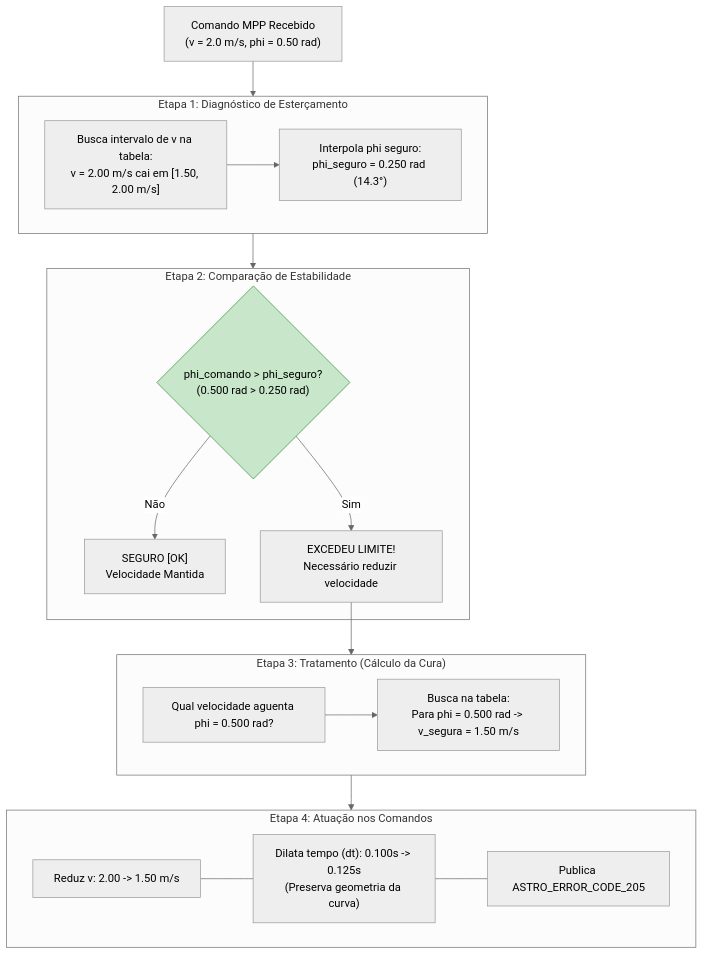
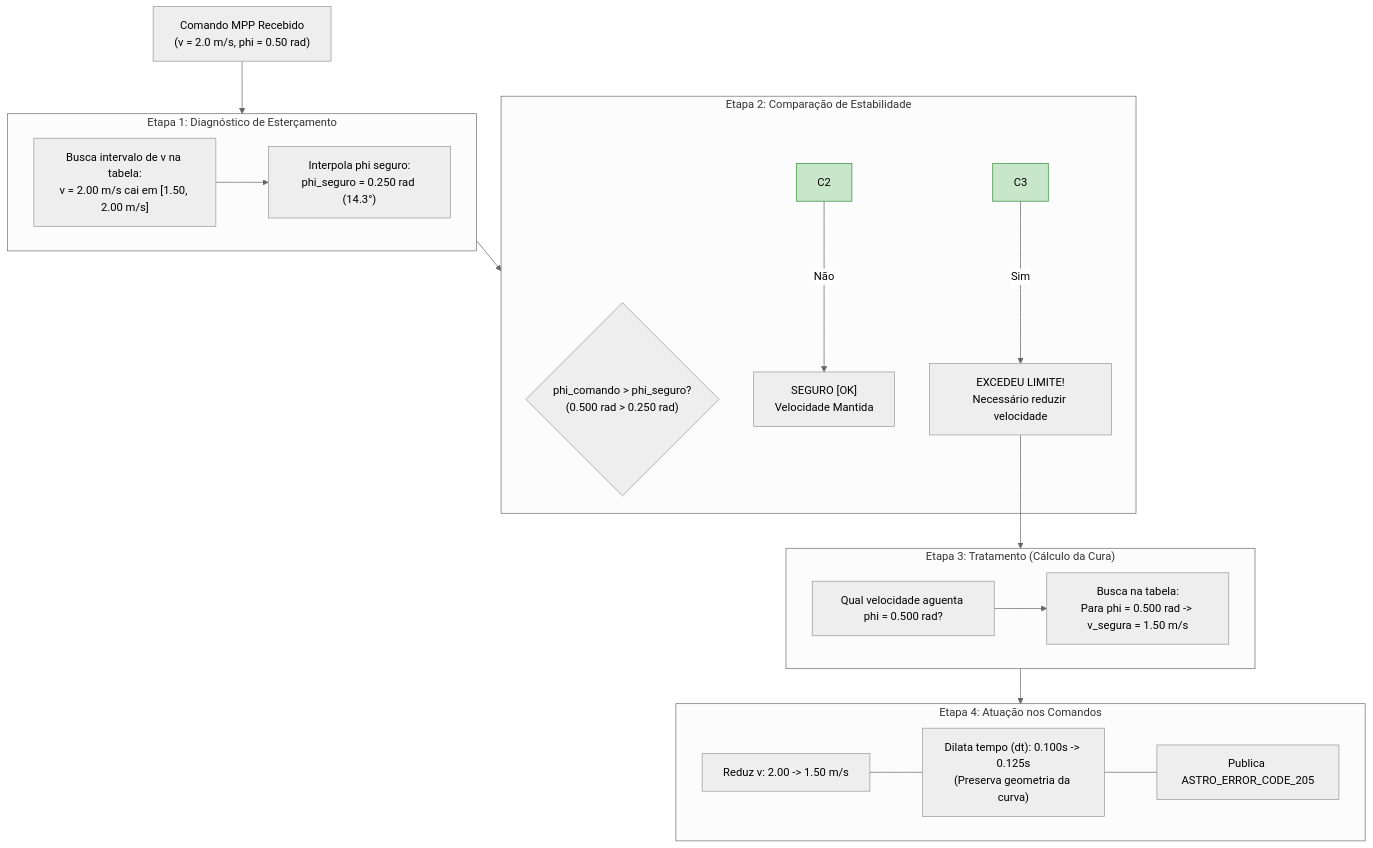
The second of 2 diagrams in README.md (BrenoCSilva/lume), drawn with Mermaid (neutral theme) before and after one commit.

Commit message:
Fix flowchart conditions in README.md

````diff
--- a/README.md
+++ b/README.md
@@ -71,34 +71,35 @@
 ```mermaid
 flowchart TD
     CMD["Comando MPP Recebido<br>(v = 2.0 m/s, phi = 0.50 rad)"] --> E1
     
     subgraph E1 ["Etapa 1: Diagnóstico de Esterçamento"]
         D1["Busca intervalo de v na tabela:<br>v = 2.00 m/s cai em [1.50, 2.00 m/s]"]
         D1 --> D2["Interpola phi seguro:<br>phi_seguro = 0.250 rad (14.3°)"]
     end
     
     E1 --> E2
     
     subgraph E2 ["Etapa 2: Comparação de Estabilidade"]
         C1{"phi_comando > phi_seguro?<br>(0.500 rad > 0.250 rad)"}
-        C1 -->|Não| OK["SEGURO [OK]<br>Velocidade Mantida"]
-        C1 -->|Sim| ALERTA["EXCEDEU LIMITE!<br>Necessário reduzir velocidade"]
-        style C1 fill:#c8e6c9,stroke:#388e3c,color:#000
+        C2 -->|Não| OK["SEGURO [OK]<br>Velocidade Mantida"]
+        C3 -->|Sim| ALERTA["EXCEDEU LIMITE!<br>Necessário reduzir velocidade"]
+        style C2 fill:#c8e6c9,stroke:#388e3c,color:#000
+        style C3 fill:#c8e6c9,stroke:#388e3c,color:#000
     end
     
     ALERTA --> E3
     
     subgraph E3 ["Etapa 3: Tratamento (Cálculo da Cura)"]
         T1["Qual velocidade aguenta phi = 0.500 rad?"]
         T1 --> T2["Busca na tabela:<br>Para phi = 0.500 rad -> v_segura = 1.50 m/s"]
     end
     
     E3 --> E4
     
     subgraph E4 ["Etapa 4: Atuação nos Comandos"]
         A1["Reduz v: 2.00 -> 1.50 m/s"]
         A2["Dilata tempo (dt): 0.100s -> 0.125s<br>(Preserva geometria da curva)"]
         A3["Publica ASTRO_ERROR_CODE_205"]
         A1 --- A2 --- A3
     end
 ```
````
